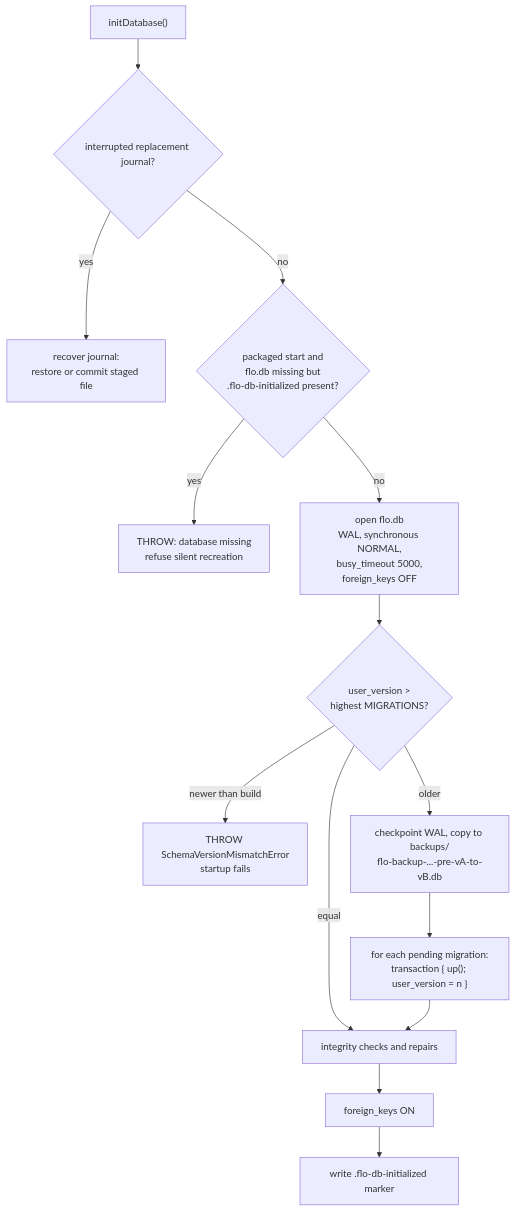
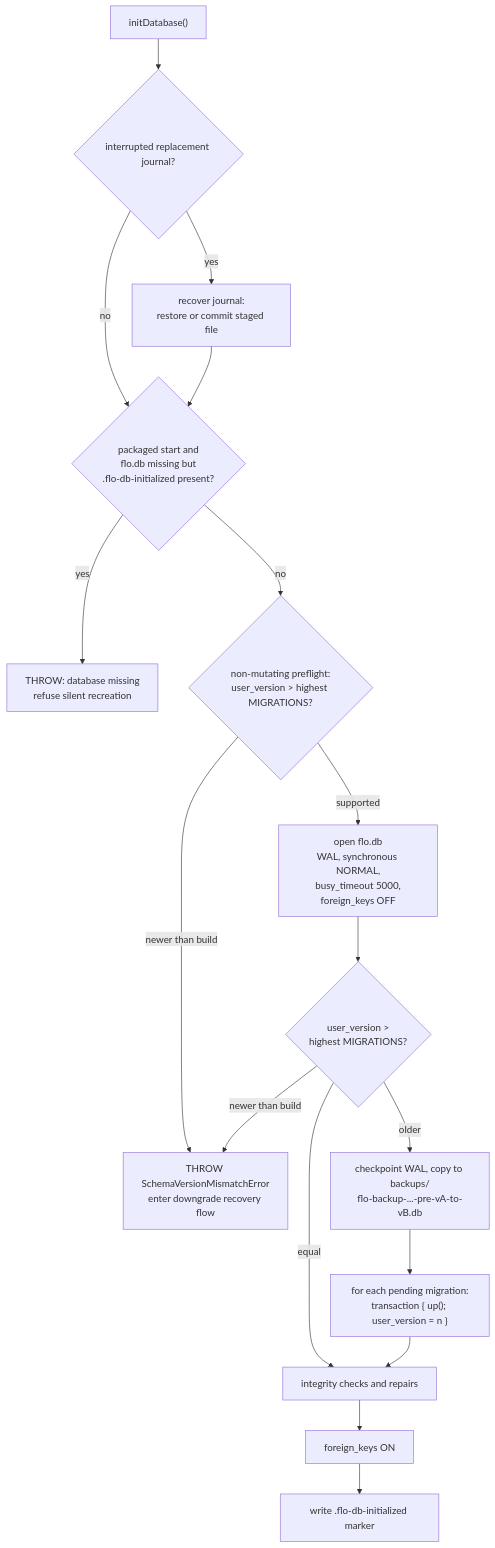
One commit to FreeOpenSourcePOS/FloCafe changed the diagram in docs/architecture/data-and-migrations.md. Above: the diagram before and after it, drawn with Mermaid. The commit also changed other lines of this file and 7 other files, not shown here.

First line of the commit message:
feat(startup): newer-database recovery flow

````diff
--- a/docs/architecture/data-and-migrations.md
+++ b/docs/architecture/data-and-migrations.md
@@ -54,17 +54,20 @@
 ```mermaid
 flowchart TB
   A["initDatabase()"] --> B{"interrupted replacement journal?"}
   B -->|"yes"| C["recover journal:<br/>restore or commit staged file"]
   B -->|"no"| D
+  C --> D
   D{"packaged start and<br/>flo.db missing but<br/>.flo-db-initialized present?"}
   D -->|"yes"| E["THROW: database missing<br/>refuse silent recreation"]
-  D -->|"no"| F["open flo.db<br/>WAL, synchronous NORMAL,<br/>busy_timeout 5000,<br/>foreign_keys OFF"]
+  D -->|"no"| P{"non-mutating preflight:<br/>user_version > highest MIGRATIONS?"}
+  P -->|"newer than build"| H["THROW SchemaVersionMismatchError<br/>enter downgrade recovery flow"]
+  P -->|"supported"| F["open flo.db<br/>WAL, synchronous NORMAL,<br/>busy_timeout 5000,<br/>foreign_keys OFF"]
   F --> G{"user_version ><br/>highest MIGRATIONS?"}
-  G -->|"newer than build"| H["THROW SchemaVersionMismatchError<br/>startup fails"]
+  G -->|"newer than build"| H
   G -->|"equal"| J["integrity checks and repairs"]
   G -->|"older"| I["checkpoint WAL, copy to backups/<br/>flo-backup-...-pre-vA-to-vB.db"]
   I --> K["for each pending migration:<br/>transaction { up(); user_version = n }"]
   K --> J
   J --> L["foreign_keys ON"]
   L --> M["write .flo-db-initialized marker"]
 ```
````
